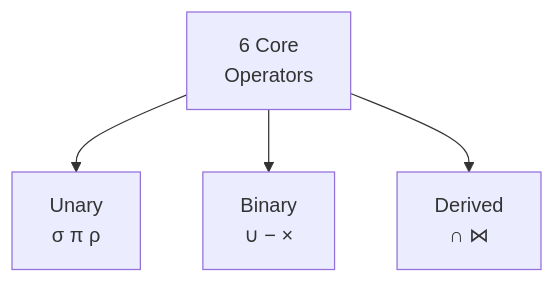
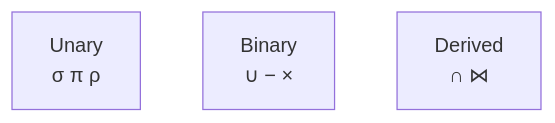
One commit to ufdatastudio/cop5725fa26 changed the fourth of 5 diagrams in lecture-outlines/day4-relational-algebra-i/slides.md. Above: the diagram before and after it, drawn with Mermaid. The commit also changed other lines of this file and 3 other files, not shown here.

````diff
--- a/lecture-outlines/day4-relational-algebra-i/slides.md
+++ b/lecture-outlines/day4-relational-algebra-i/slides.md
@@ -146,6 +126,6 @@
 ```mermaid
 graph TD
-  Op["6 Core<br/>Operators"] --> Un["Unary<br/>σ π ρ"]
-  Op --> Bin["Binary<br/>∪ − ×"]
-  Op --> Derived["Derived<br/>∩ ⋈"]
+  Un["Unary<br/>σ π ρ"]
+  Bin["Binary<br/>∪ − ×"]
+  Derived["Derived<br/>∩ ⋈"]
 ```
````
